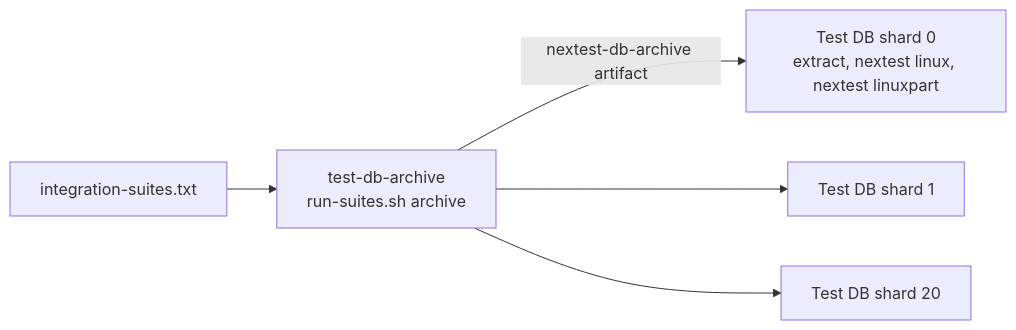
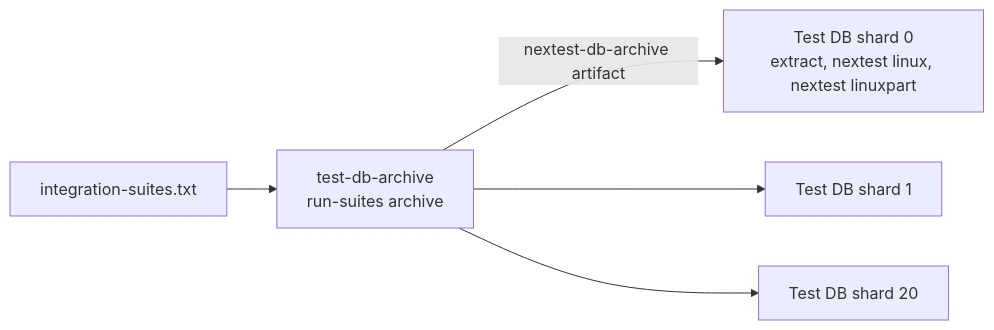
One commit to autumn-foundation/autumn-harvest changed the diagram in docs/testing/ci-db-archive.md. Above: the diagram before and after it, drawn with Mermaid. The commit also changed other lines of this file and 19 other files, not shown here.

````diff
--- a/docs/testing/ci-db-archive.md
+++ b/docs/testing/ci-db-archive.md
@@ -8,7 +8,7 @@
 ```mermaid
 flowchart LR
-    M[integration-suites.txt] --> A["test-db-archive<br/>run-suites.sh archive"]
+    M[integration-suites.txt] --> A["test-db-archive<br/>run-suites archive"]
     A -->|nextest-db-archive artifact| S0["Test DB shard 0<br/>extract, nextest linux, nextest linuxpart"]
     A --> S1[Test DB shard 1]
     A --> SN[Test DB shard 20]
 ```
````
